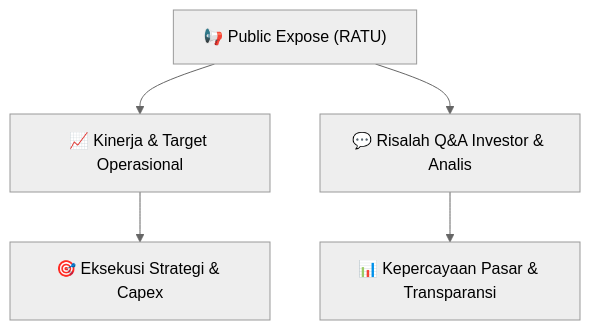
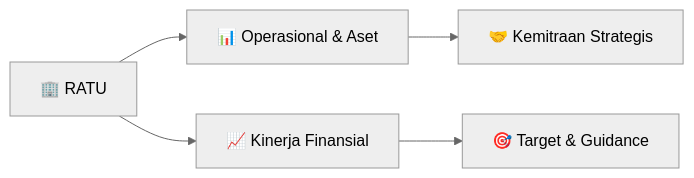
One commit to anYoneo/alphadigest-idx changed the diagram in reports/summaries/public-exposes/informasi-pubex/RATU_Public_Expose_20260908.md. Above: the diagram before and after it, drawn with Mermaid (neutral theme). The commit also changed other lines of this file and 526 other files, not shown here.

````diff
--- a/reports/summaries/public-exposes/informasi-pubex/RATU_Public_Expose_20260908.md
+++ b/reports/summaries/public-exposes/informasi-pubex/RATU_Public_Expose_20260908.md
@@ -34,7 +411,7 @@
 ```mermaid
-flowchart TD
-    A["📢 Public Expose (RATU)"] --> B["📈 Kinerja & Target Operasional"]
-    A --> C["💬 Risalah Q&A Investor & Analis"]
-    B --> D["🎯 Eksekusi Strategi & Capex"]
-    C --> E["📊 Kepercayaan Pasar & Transparansi"]
+flowchart LR
+    A["🏢 RATU"] --> B["📊 Operasional & Aset"]
+    A --> C["📈 Kinerja Finansial"]
+    B --> D["🤝 Kemitraan Strategis"]
+    C --> E["🎯 Target & Guidance"]
 ```
````
